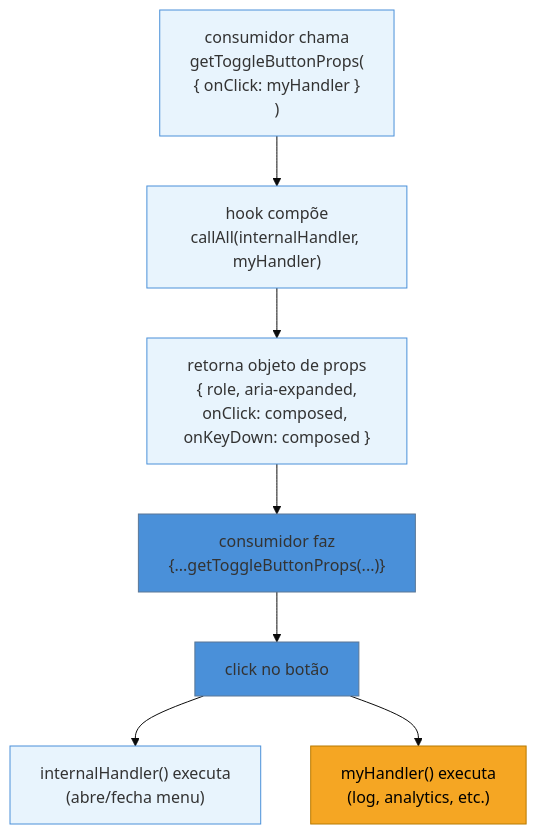
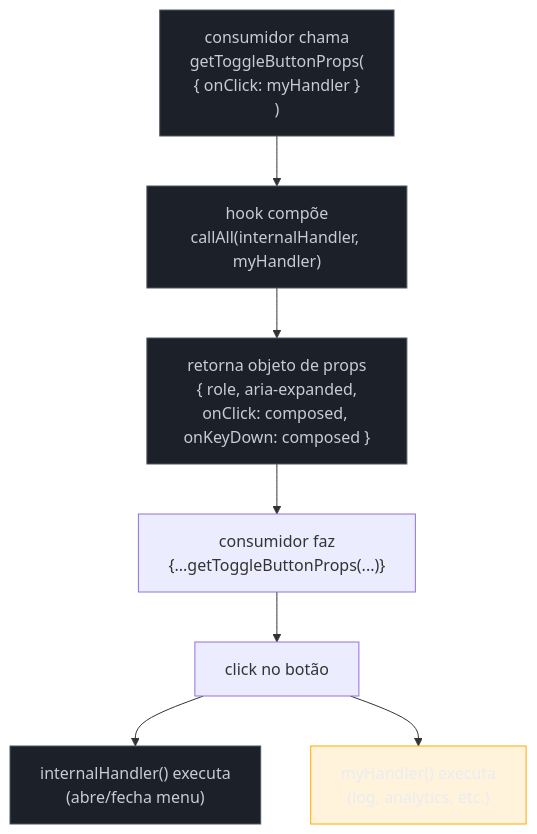
The second of 2 diagrams in 03-Dominios/Tecnologia/React/Design Patterns/10 - State reducer e prop getters.md (josenaldo/codex-technomanticus), drawn with Mermaid before and after one commit. The commit also changed other lines of this file and 1181 other files, not shown here.

First line of the commit message:
fix(diagramas): paleta do sistema no lugar de cor cravada no markdown

````diff
--- a/03-Dominios/Tecnologia/React/Design Patterns/10 - State reducer e prop getters.md
+++ b/03-Dominios/Tecnologia/React/Design Patterns/10 - State reducer e prop getters.md
@@ -414,16 +413,17 @@
 ```mermaid
-%%{init: {"theme": "base", "themeVariables": {"primaryColor": "#4A90D9", "secondaryColor": "#F5A623", "tertiaryColor": "#e8f4fd"}}}%%
 graph TD
+    classDef neutro fill:#1B2029,stroke:#4E5666,color:#C6CCD8
+    classDef destaque fill:#FFAA0024,stroke:#FFAA00,color:#E9ECF2
     A["consumidor chama\ngetToggleButtonProps(\n  { onClick: myHandler }\n)"] --> B["hook compõe\ncallAll(internalHandler, myHandler)"]
     B --> C["retorna objeto de props\n{ role, aria-expanded,\nonClick: composed, onKeyDown: composed }"]
     C --> D["consumidor faz\n{...getToggleButtonProps(...)}"]
     D --> E["click no botão"]
     E --> F["internalHandler() executa\n(abre/fecha menu)"]
     E --> G["myHandler() executa\n(log, analytics, etc.)"]
 
-    style A fill:#e8f4fd,stroke:#4A90D9
-    style B fill:#e8f4fd,stroke:#4A90D9
-    style C fill:#e8f4fd,stroke:#4A90D9
-    style F fill:#e8f4fd,stroke:#4A90D9
-    style G fill:#F5A623,stroke:#b87a00,color:#000
+    class A neutro
+    class B neutro
+    class C neutro
+    class F neutro
+    class G destaque
 ```
````
